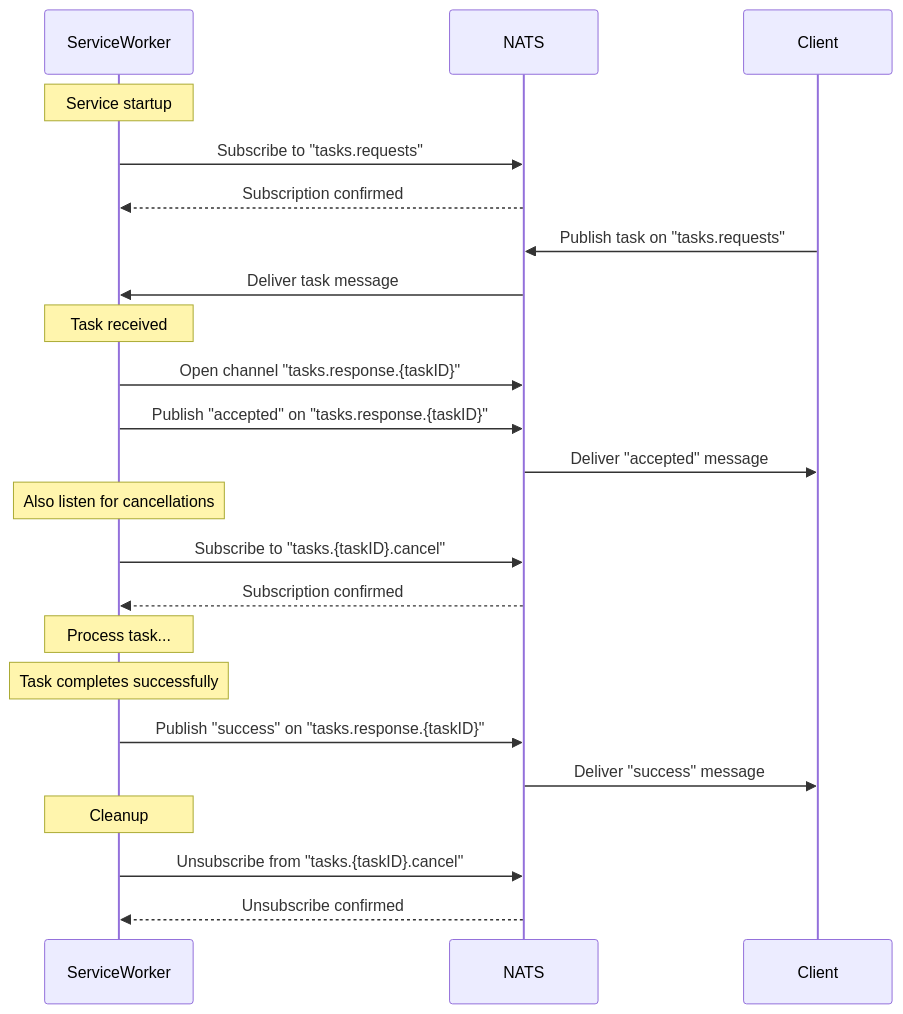
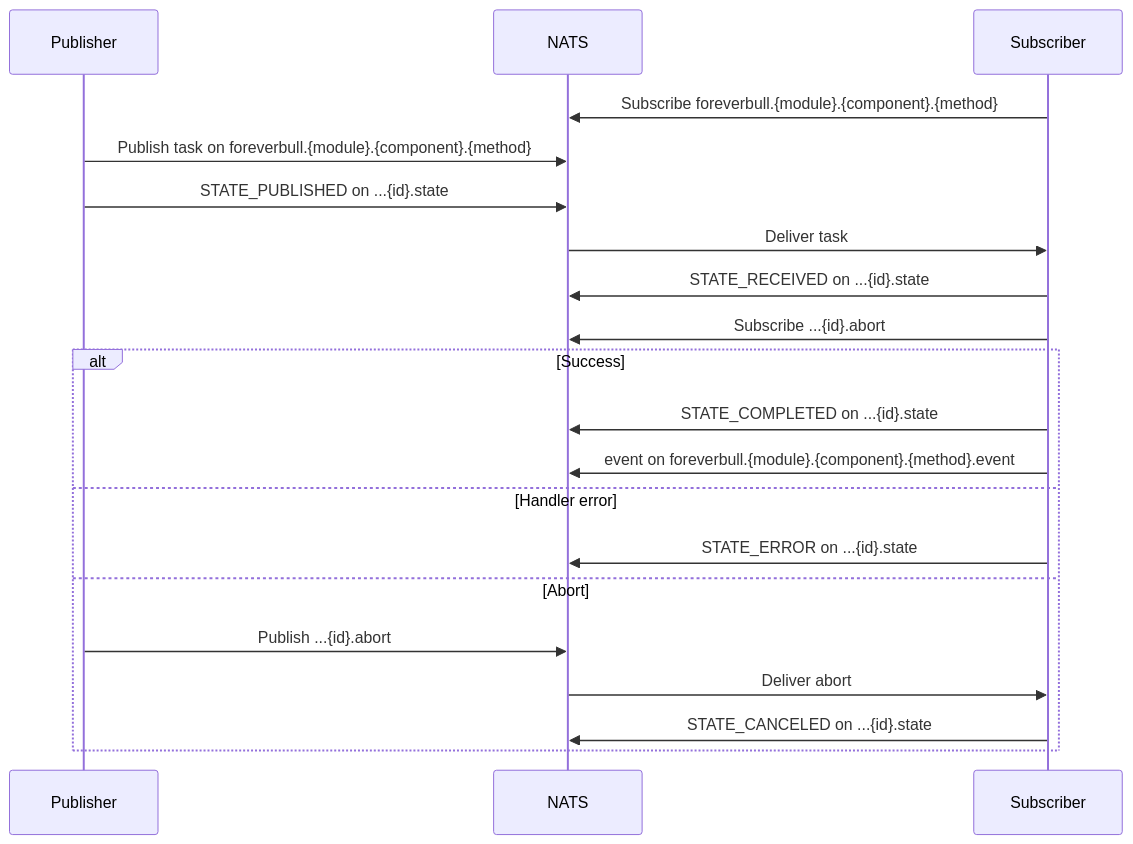
The diagram in internal/stream/README.md (lhjnilsson/foreverbull), drawn with Mermaid before and after one commit. The commit also changed other lines of this file and 11 other files, not shown here.

````diff
--- a/internal/stream/README.md
+++ b/internal/stream/README.md
@@ -48,32 +22,24 @@
 ```mermaid
 sequenceDiagram
-    participant ServiceWorker
+    participant Publisher
     participant NATS
-    participant Client
-    
-    Note over ServiceWorker: Service startup
-    ServiceWorker->>NATS: Subscribe to "tasks.requests"
-    NATS-->>ServiceWorker: Subscription confirmed
-    
-    Client->>NATS: Publish task on "tasks.requests"
-    NATS->>ServiceWorker: Deliver task message
-    
-    Note over ServiceWorker: Task received
-    ServiceWorker->>NATS: Open channel "tasks.response.{taskID}"
-    ServiceWorker->>NATS: Publish "accepted" on "tasks.response.{taskID}"
-    NATS->>Client: Deliver "accepted" message
-    
-    Note over ServiceWorker: Also listen for cancellations
-    ServiceWorker->>NATS: Subscribe to "tasks.{taskID}.cancel"
-    NATS-->>ServiceWorker: Subscription confirmed
-    
-    Note over ServiceWorker: Process task...
-    
-    Note over ServiceWorker: Task completes successfully
-    ServiceWorker->>NATS: Publish "success" on "tasks.response.{taskID}"
-    NATS->>Client: Deliver "success" message
-    
-    Note over ServiceWorker: Cleanup
-    ServiceWorker->>NATS: Unsubscribe from "tasks.{taskID}.cancel"
-    NATS-->>ServiceWorker: Unsubscribe confirmed
+    participant Subscriber
+
+    Subscriber->>NATS: Subscribe foreverbull.{module}.{component}.{method}
+    Publisher->>NATS: Publish task on foreverbull.{module}.{component}.{method}
+    Publisher->>NATS: STATE_PUBLISHED on ...{id}.state
+    NATS->>Subscriber: Deliver task
+    Subscriber->>NATS: STATE_RECEIVED on ...{id}.state
+    Subscriber->>NATS: Subscribe ...{id}.abort
+
+    alt Success
+        Subscriber->>NATS: STATE_COMPLETED on ...{id}.state
+        Subscriber->>NATS: event on foreverbull.{module}.{component}.{method}.event
+    else Handler error
+        Subscriber->>NATS: STATE_ERROR on ...{id}.state
+    else Abort
+        Publisher->>NATS: Publish ...{id}.abort
+        NATS->>Subscriber: Deliver abort
+        Subscriber->>NATS: STATE_CANCELED on ...{id}.state
+    end
 ```
````
